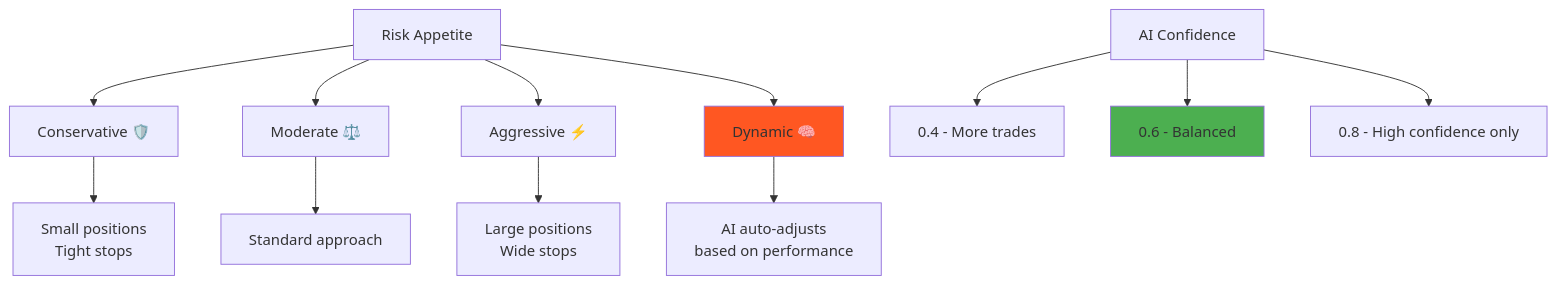
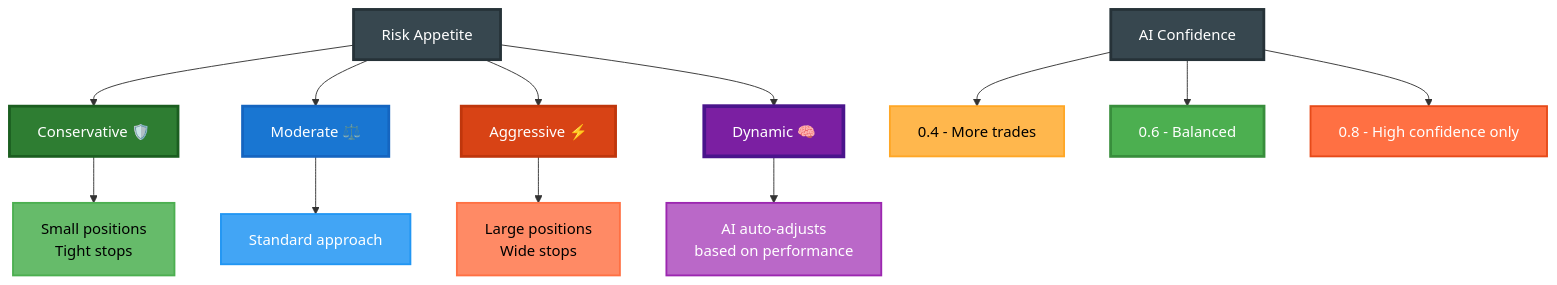
Before and after one commit to solid-computing/AI-Trading: the third of 6 diagrams in AI_QUICKSTART.md, drawn with Mermaid. The commit also changed other lines of this file and 1 other file, not shown here.

Commit message:
Enhance mermaid diagrams with improved color contrast and accessibility

````diff
--- a/AI_QUICKSTART.md
+++ b/AI_QUICKSTART.md
@@ -70,19 +76,33 @@
 ```mermaid
 graph TD
     A[Risk Appetite] --> B[Conservative 🛡️]
     A --> C[Moderate ⚖️]
     A --> D[Aggressive ⚡]
     A --> E[Dynamic 🧠]
     
     F[AI Confidence] --> G[0.4 - More trades]
     F --> H[0.6 - Balanced]
     F --> I[0.8 - High confidence only]
     
     B --> J[Small positions<br/>Tight stops]
     C --> K[Standard approach]
     D --> L[Large positions<br/>Wide stops]
     E --> M[AI auto-adjusts<br/>based on performance]
     
-    style E fill:#ff5722
-    style H fill:#4caf50
+    style A fill:#37474F,stroke:#263238,stroke-width:3px,color:#FFFFFF
+    style F fill:#37474F,stroke:#263238,stroke-width:3px,color:#FFFFFF
+    
+    style B fill:#2E7D32,stroke:#1B5E20,stroke-width:3px,color:#FFFFFF
+    style C fill:#1976D2,stroke:#1565C0,stroke-width:3px,color:#FFFFFF
+    style D fill:#D84315,stroke:#BF360C,stroke-width:3px,color:#FFFFFF
+    style E fill:#7B1FA2,stroke:#4A148C,stroke-width:4px,color:#FFFFFF
+    
+    style G fill:#FFB74D,stroke:#FFA726,stroke-width:2px,color:#000000
+    style H fill:#4CAF50,stroke:#388E3C,stroke-width:3px,color:#FFFFFF
+    style I fill:#FF7043,stroke:#E64A19,stroke-width:2px,color:#FFFFFF
+    
+    style J fill:#66BB6A,stroke:#4CAF50,stroke-width:2px,color:#000000
+    style K fill:#42A5F5,stroke:#2196F3,stroke-width:2px,color:#FFFFFF
+    style L fill:#FF8A65,stroke:#FF7043,stroke-width:2px,color:#000000
+    style M fill:#BA68C8,stroke:#9C27B0,stroke-width:2px,color:#FFFFFF
 ```
````
